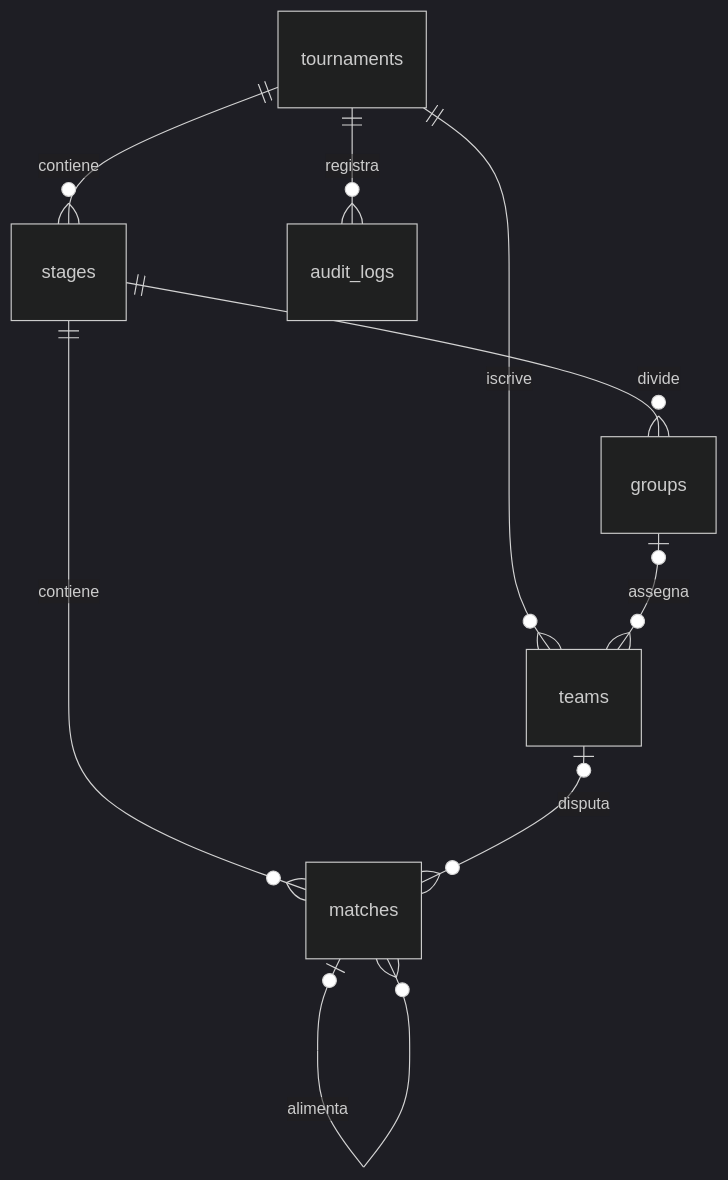
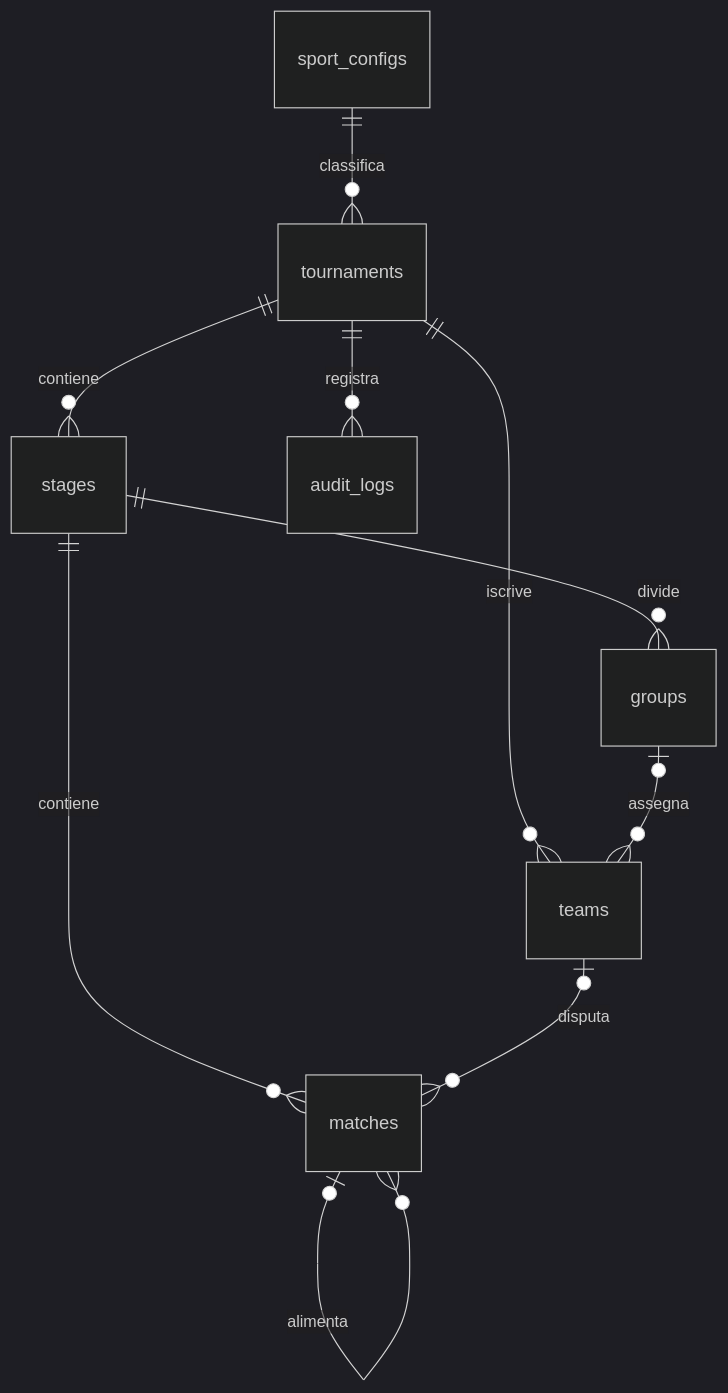
Before and after one commit to Leonardo-Lalli/Open-score: the diagram in docs/DATABASE.md, drawn with Mermaid (dark theme). The commit also changed other lines of this file and 9 other files, not shown here.

````diff
--- a/docs/DATABASE.md
+++ b/docs/DATABASE.md
@@ -18,11 +21,12 @@
 ```mermaid
 erDiagram
+  sport_configs ||--o{ tournaments : classifica
   tournaments ||--o{ stages : contiene
   tournaments ||--o{ teams : iscrive
   stages ||--o{ groups : divide
   groups o|--o{ teams : assegna
   stages ||--o{ matches : contiene
   teams o|--o{ matches : disputa
   matches o|--o{ matches : alimenta
   tournaments ||--o{ audit_logs : registra
 ```
````
